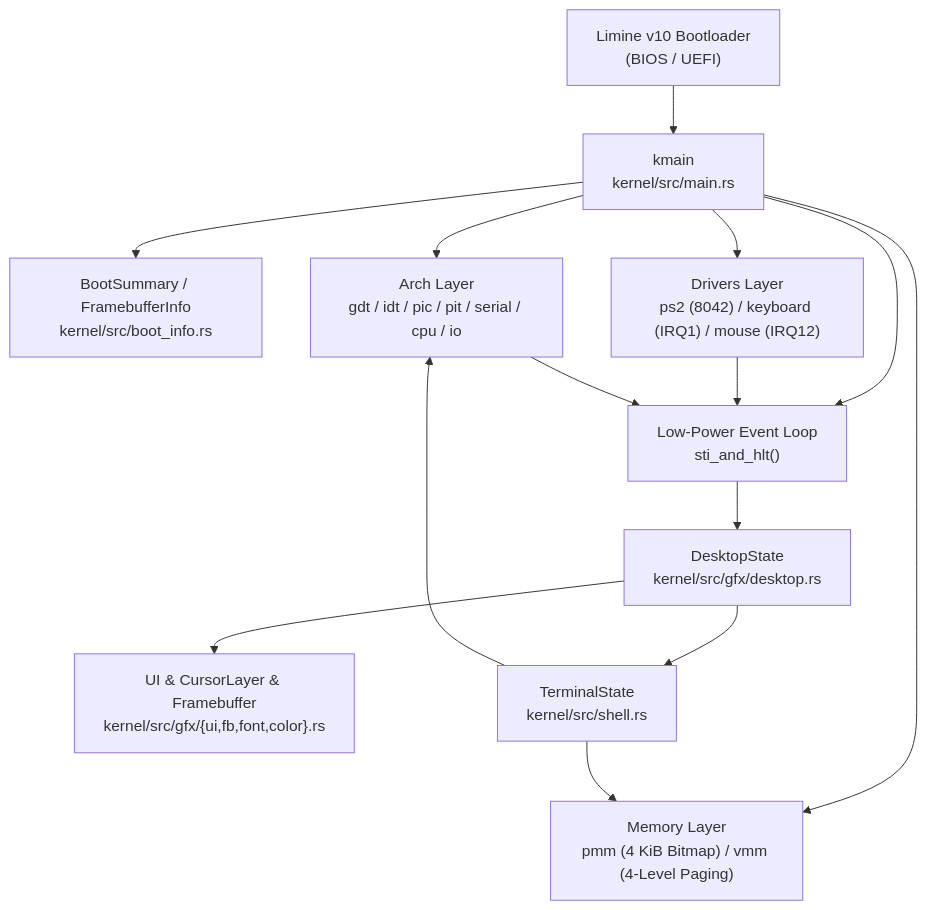
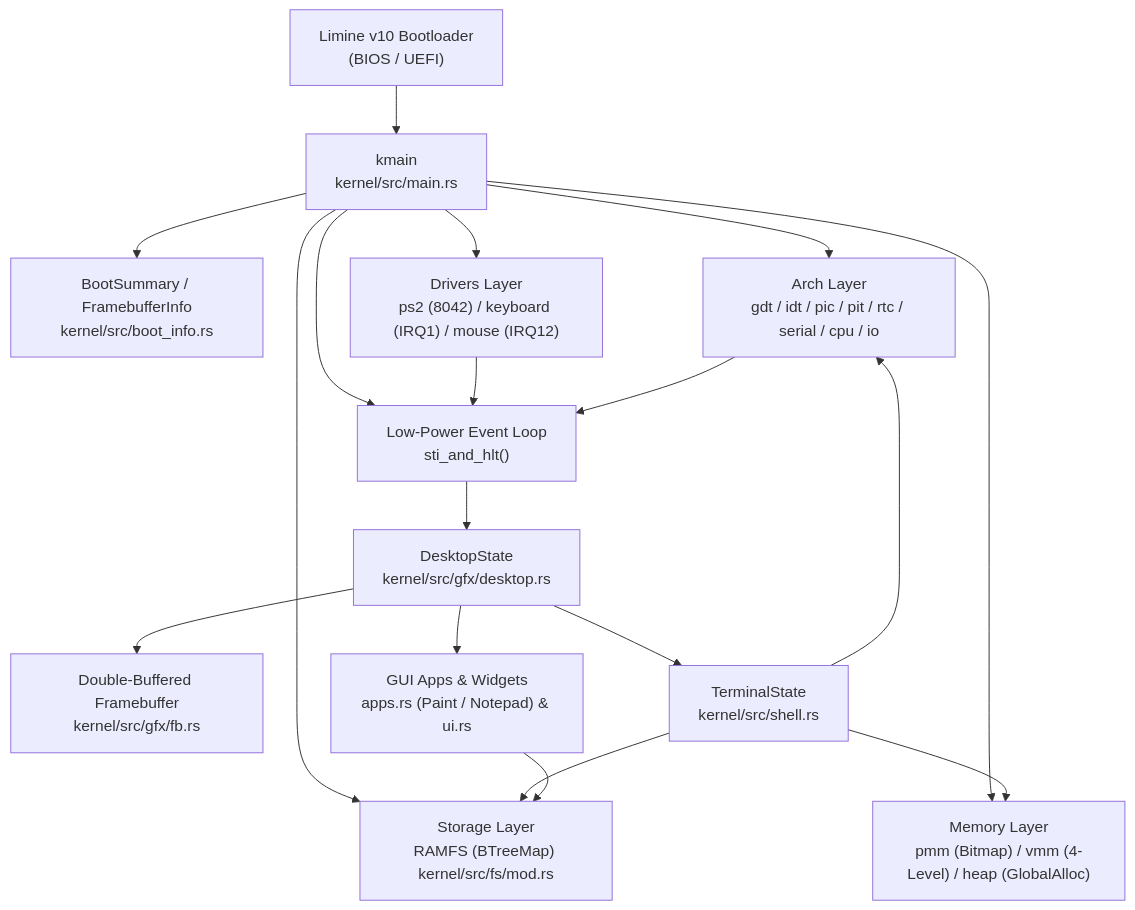
The first of 2 diagrams in docs/DESIGN.md (wmsir/wmos), drawn with Mermaid before and after one commit. The commit also changed other lines of this file and 15 other files, not shown here.

Commit message:
feat(v2.0.0): add kernel heap, CMOS RTC, RAMFS, double-buffered desktop, Paint/Notepad apps, and synced docs

````diff
--- a/docs/DESIGN.md
+++ b/docs/DESIGN.md
@@ -26,17 +26,21 @@
 ```mermaid
 flowchart TD
     Boot["Limine v10 Bootloader\n(BIOS / UEFI)"] --> Entry["kmain\nkernel/src/main.rs"]
     Entry --> BootInfo["BootSummary / FramebufferInfo\nkernel/src/boot_info.rs"]
-    Entry --> Arch["Arch Layer\ngdt / idt / pic / pit / serial / cpu / io"]
-    Entry --> Mem["Memory Layer\npmm (4 KiB Bitmap) / vmm (4-Level Paging)"]
+    Entry --> Arch["Arch Layer\ngdt / idt / pic / pit / rtc / serial / cpu / io"]
+    Entry --> Mem["Memory Layer\npmm (Bitmap) / vmm (4-Level) / heap (GlobalAlloc)"]
+    Entry --> FS["Storage Layer\nRAMFS (BTreeMap) kernel/src/fs/mod.rs"]
     Entry --> Drivers["Drivers Layer\nps2 (8042) / keyboard (IRQ1) / mouse (IRQ12)"]
     Entry --> Loop["Low-Power Event Loop\nsti_and_hlt()"]
 
     Drivers --> Loop
     Arch --> Loop
     Loop --> Desktop["DesktopState\nkernel/src/gfx/desktop.rs"]
-    Desktop --> UI["UI & CursorLayer & Framebuffer\nkernel/src/gfx/{ui,fb,font,color}.rs"]
+    Desktop --> FB["Double-Buffered Framebuffer\nkernel/src/gfx/fb.rs"]
+    Desktop --> Apps["GUI Apps & Widgets\napps.rs (Paint / Notepad) & ui.rs"]
     Desktop --> Shell["TerminalState\nkernel/src/shell.rs"]
+    Shell --> FS
     Shell --> Mem
     Shell --> Arch
+    Apps --> FS
 ```
````
